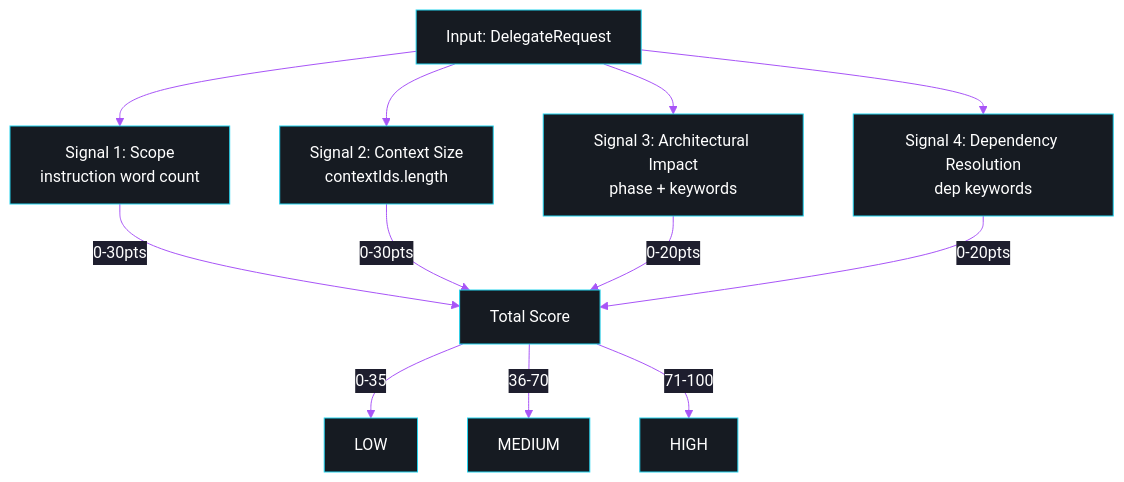
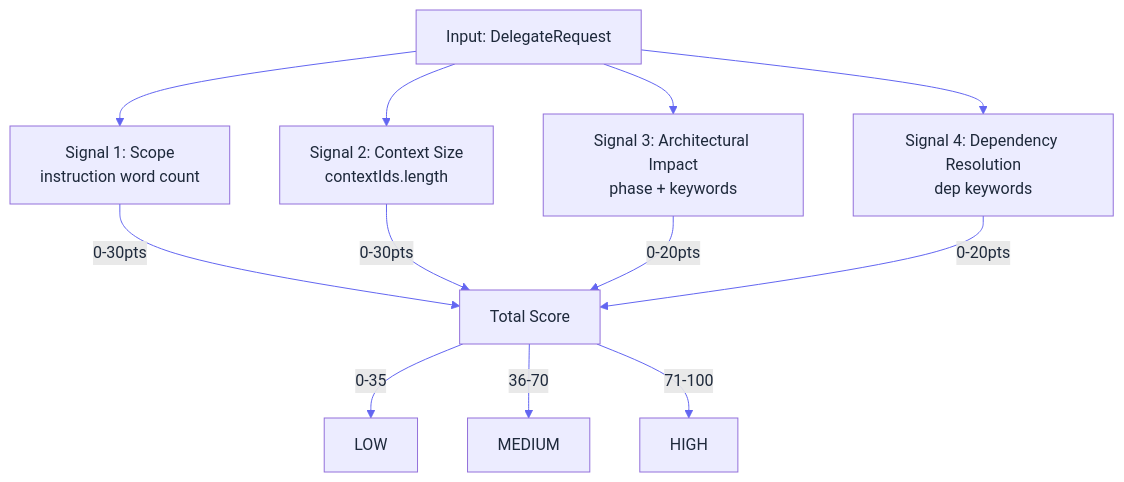
Before and after one commit to Geraldow/iris: the third of 8 diagrams in ARCHITECTURE.md, drawn with Mermaid. The commit also changed other lines of this file and 277 other files, not shown here.

First line of the commit message:
feat: iris v2 — Odoo orchestration + excalidraw diagram integration

````diff
--- a/ARCHITECTURE.md
+++ b/ARCHITECTURE.md
@@ -53,17 +53,17 @@
 ```mermaid
-%%{init: {'theme': 'base', 'themeVariables': {'background': '#0d1117', 'primaryColor': '#161b22', 'primaryTextColor': '#FFFFFF', 'primaryBorderColor': '#22d3ee', 'secondaryColor': '#1e1e2e', 'secondaryTextColor': '#FFFFFF', 'secondaryBorderColor': '#a855f7', 'tertiaryColor': '#0d2a2a', 'lineColor': '#a855f7', 'textColor': '#e6edf3', 'clusterBkg': '#0a1628', 'clusterBorder': '#22d3ee'}}}%%
+%%{init: {'theme': 'default', 'themeVariables': {'primaryColor': '#dbeafe', 'primaryTextColor': '#1e293b', 'primaryBorderColor': '#3b82f6', 'lineColor': '#6366f1', 'secondaryColor': '#f0fdf4', 'secondaryTextColor': '#1e293b', 'secondaryBorderColor': '#22c55e', 'tertiaryColor': '#fef3c7', 'tertiaryTextColor': '#1e293b', 'textColor': '#1e293b', 'clusterBkg': '#eff6ff', 'clusterBorder': '#3b82f6'}}}%%
 flowchart TD
     Input[Input: DelegateRequest] --> S1
     Input --> S2
     Input --> S3
     Input --> S4
     
     S1[Signal 1: Scope<br/>instruction word count] -->|0-30pts| Total
     S2[Signal 2: Context Size<br/>contextIds.length] -->|0-30pts| Total
     S3[Signal 3: Architectural Impact<br/>phase + keywords] -->|0-20pts| Total
     S4[Signal 4: Dependency Resolution<br/>dep keywords] -->|0-20pts| Total
     
     Total[Total Score] -->|0-35| LOW
     Total -->|36-70| MEDIUM
     Total -->|71-100| HIGH
 ```
````
